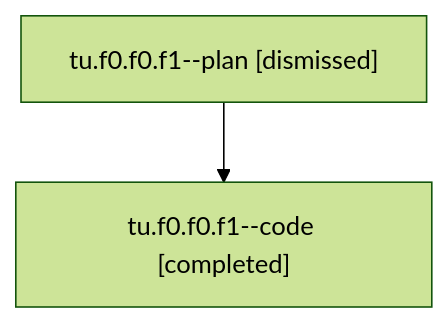
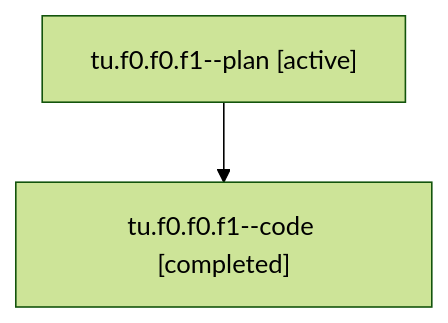
The diagram in families/bbugyi200.athena.tu.f0.f0.f1.md (bobs-org/bob-cli--agents), drawn with Mermaid (forest theme) before and after one commit. The commit also changed other lines of this file and 92 other files, not shown here.

````diff
--- a/families/bbugyi200.athena.tu.f0.f0.f1.md
+++ b/families/bbugyi200.athena.tu.f0.f0.f1.md
@@ -9,6 +9,6 @@
 ```mermaid
 flowchart TD
-  n0["tu.f0.f0.f1--plan [dismissed]"]
+  n0["tu.f0.f0.f1--plan [active]"]
   n1["tu.f0.f0.f1--code [completed]"]
   n0 --> n1
 ```
````
